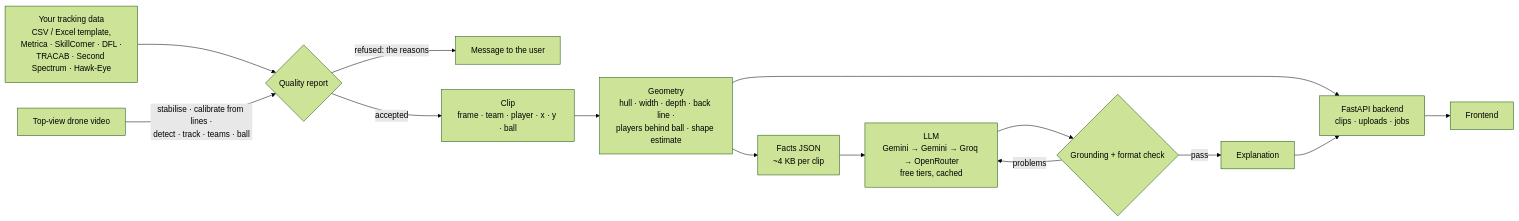
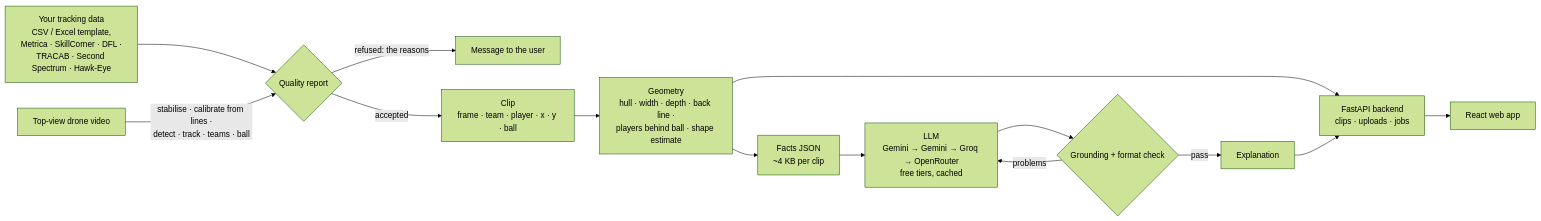
The diagram in README.md (Mohitoo6/football-tactical-replay), drawn with Mermaid (forest theme) before and after one commit. The commit also changed other lines of this file and 3 other files, not shown here.

````diff
--- a/README.md
+++ b/README.md
@@ -32,16 +56,16 @@
 ```mermaid
 flowchart LR
     U1[Your tracking data<br/>CSV / Excel template,<br/>Metrica · SkillCorner · DFL ·<br/>TRACAB · Second Spectrum · Hawk-Eye] --> Q{Quality report}
     U2[Top-view drone video] -->|stabilise · calibrate from lines ·<br/>detect · track · teams · ball| Q
     Q -->|refused: the reasons| R[Message to the user]
     Q -->|accepted| C[Clip<br/>frame · team · player · x · y · ball]
     C --> D[Geometry<br/>hull · width · depth · back line ·<br/>players behind ball · shape estimate]
     D --> F[Facts JSON<br/>~4 KB per clip]
     F --> G[LLM<br/>Gemini → Gemini → Groq → OpenRouter<br/>free tiers, cached]
     G --> H{Grounding + format check}
     H -->|problems| G
     H -->|pass| I[Explanation]
     D --> API[FastAPI backend<br/>clips · uploads · jobs]
     I --> API
-    API --> FE[Frontend]
+    API --> FE[React web app]
 ```
````
